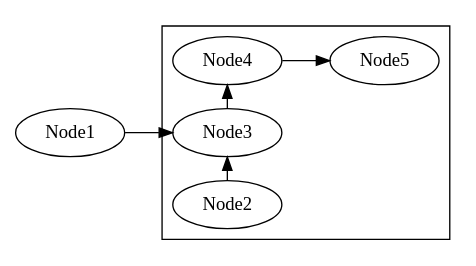
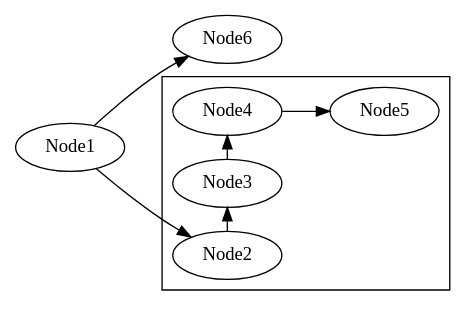
Before and after one commit to sisyphus1212/note: the fifth of 5 diagrams in other/graphviz.md, drawn with Graphviz.

Commit message:
auto_update

````diff
--- a/other/graphviz.md
+++ b/other/graphviz.md
@@ -61,14 +61,16 @@
 ```graphviz
 digraph {
     rankdir=LR
     node[]"Node1";
+    node[]"Node6";
     subgraph cluster_vertical_example{
     "Node2"-> "Node3";
     "Node3"-> "Node4";
 
     {rankdir=LR rank=same; "Node2"; "Node3"; "Node4";}
     "Node4"->"Node5"
     }
-    Node1 -> Node3
+    Node1 -> Node2
+    { Node1 -> Node6 }
 }
 ```
````
